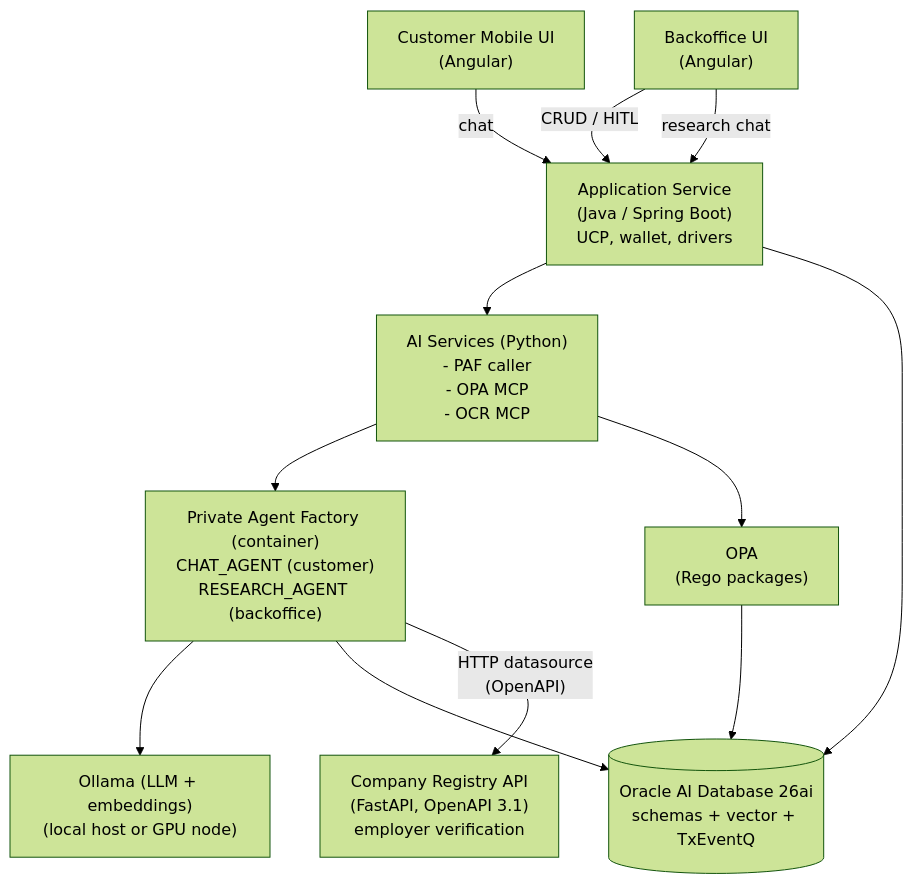
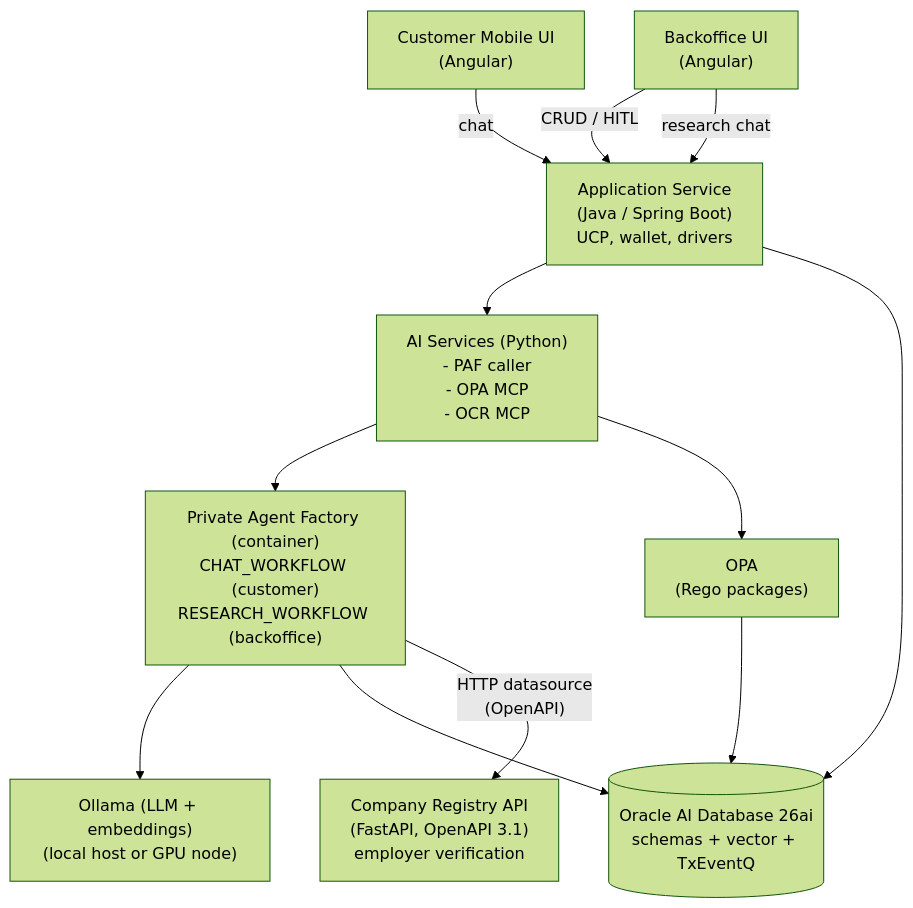
One commit to vmleon/oracle-database-private-agent-factory-poc changed the diagram in docs/DESIGN.md. Above: the diagram before and after it, drawn with Mermaid (forest theme). The commit also changed other lines of this file and 15 other files, not shown here.

Commit message:
feat(chat_workflow): split into evaluation + recommendation agents

````diff
--- a/docs/DESIGN.md
+++ b/docs/DESIGN.md
@@ -41,24 +41,24 @@
 ```mermaid
 flowchart TB
     mobile["Customer Mobile UI<br/>(Angular)"]
     backoffice["Backoffice UI<br/>(Angular)"]
     appsvc["Application Service<br/>(Java / Spring Boot)<br/>UCP, wallet, drivers"]
     ai["AI Services (Python)<br/>- PAF caller<br/>- OPA MCP<br/>- OCR MCP"]
     registry["Company Registry API<br/>(FastAPI, OpenAPI 3.1)<br/>employer verification"]
-    paf["Private Agent Factory (container)<br/>CHAT_AGENT (customer)<br/>RESEARCH_AGENT (backoffice)"]
+    paf["Private Agent Factory (container)<br/>CHAT_WORKFLOW (customer)<br/>RESEARCH_WORKFLOW (backoffice)"]
     opa["OPA<br/>(Rego packages)"]
     ollama["Ollama (LLM + embeddings)<br/>(local host or GPU node)"]
     db[("Oracle AI Database 26ai<br/>schemas + vector + TxEventQ")]
 
     mobile -- chat --> appsvc
     backoffice -- "CRUD / HITL" --> appsvc
     backoffice -- "research chat" --> appsvc
     appsvc --> ai
     ai --> paf
     ai --> opa
     paf --> ollama
     paf --> db
     paf -- "HTTP datasource<br/>(OpenAPI)" --> registry
     opa --> db
     appsvc --> db
 ```
````
